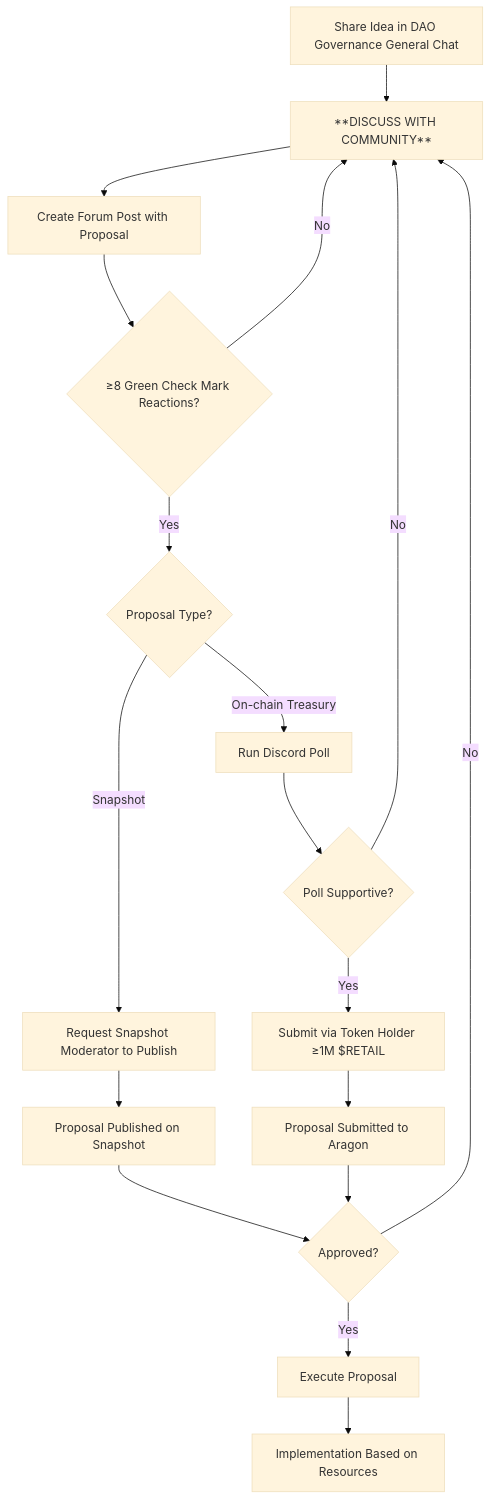
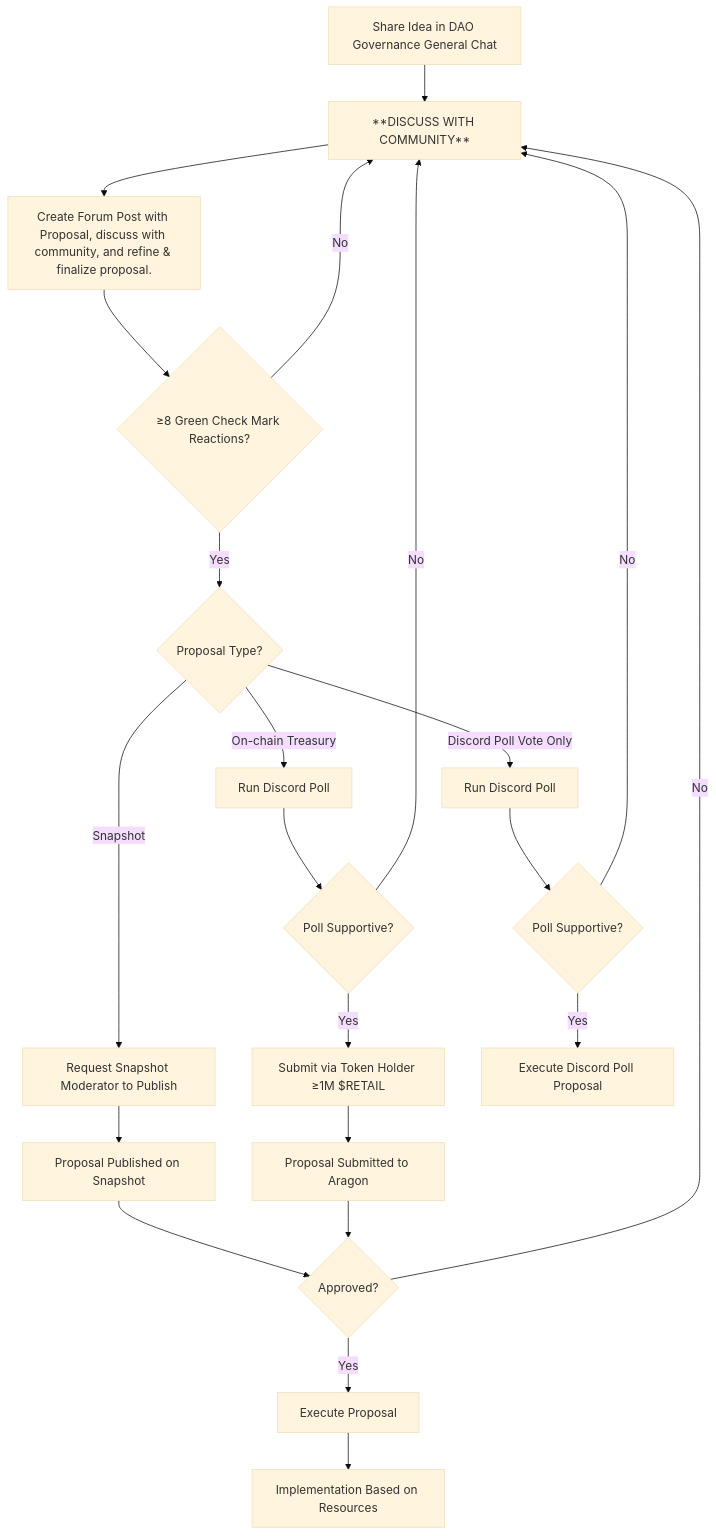
The diagram in retail-DAO-docs/docs/Governance/Proposal_Lifecycle.md (RetailDAO/Docs), drawn with Mermaid (base theme) before and after one commit. The commit also changed other lines of this file and 16 other files, not shown here.

````diff
--- a/retail-DAO-docs/docs/Governance/Proposal_Lifecycle.md
+++ b/retail-DAO-docs/docs/Governance/Proposal_Lifecycle.md
@@ -72,20 +71,24 @@
 ```mermaid
 graph TD
     A[Share Idea in DAO Governance General Chat] --> B[**DISCUSS WITH COMMUNITY**]
-    B --> C[Create Forum Post with Proposal]
+    B --> C[Create Forum Post with Proposal, discuss with community, and refine & finalize proposal.]
     C --> D{≥8 Green Check Mark Reactions?}
     D -->|Yes| E{Proposal Type?}
     D -->|No| B
     E -->|Snapshot| F[Request Snapshot Moderator to Publish]
     E -->|On-chain Treasury| G[Run Discord Poll]
+    E -->|Discord Poll Vote Only| O[Run Discord Poll]
     G --> H{Poll Supportive?}
     H -->|Yes| I[Submit via Token Holder ≥1M $RETAIL]
     H -->|No| B
+    O --> P{Poll Supportive?}
+    P -->|Yes| Q[Execute Discord Poll Proposal]
+    P -->|No| B
     F --> J[Proposal Published on Snapshot]
     I --> K[Proposal Submitted to Aragon]
     J --> L{Approved?}
     K --> L
     L -->|Yes| M[Execute Proposal]
     L -->|No| B
     M --> N[Implementation Based on Resources]
 ```
````
